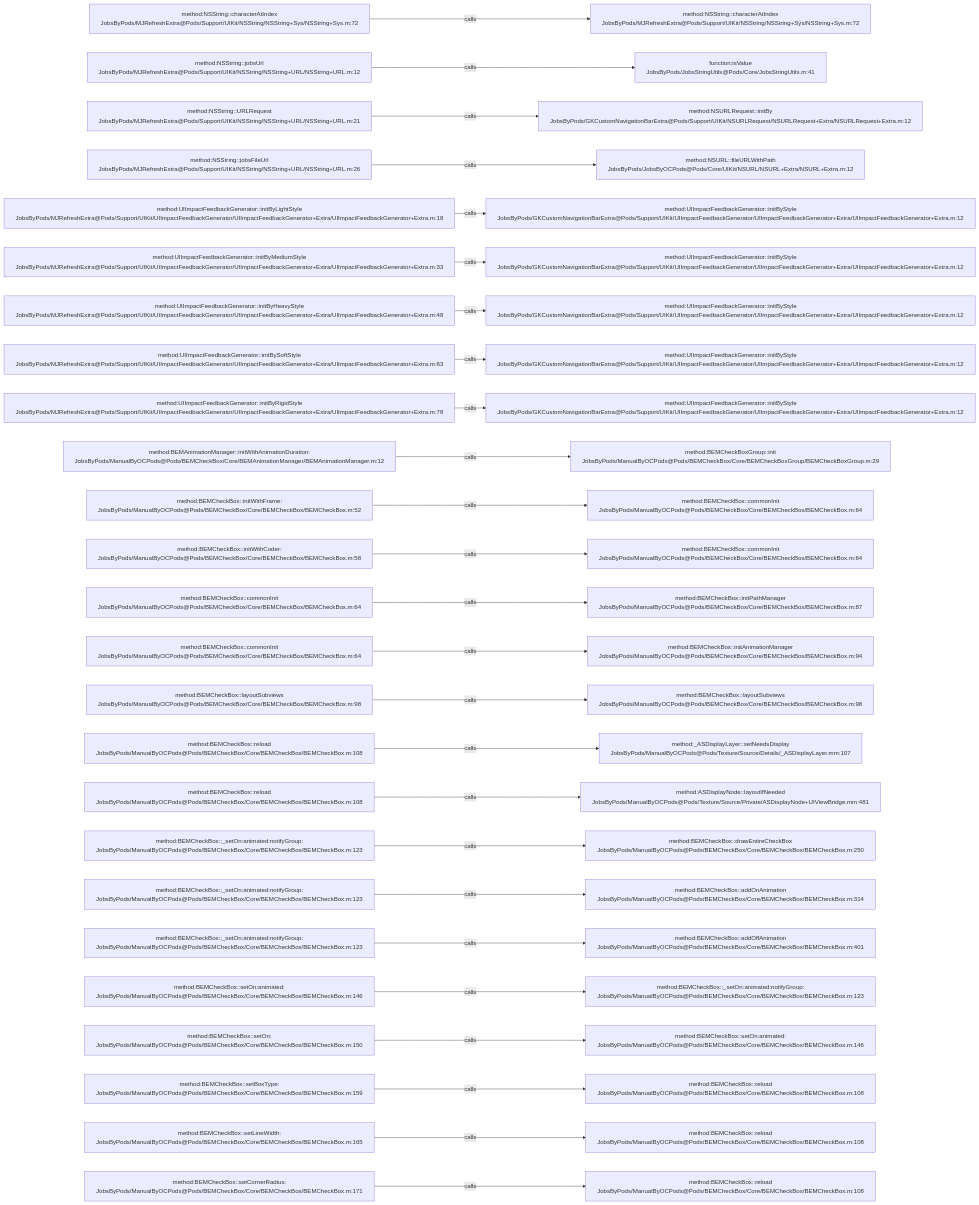
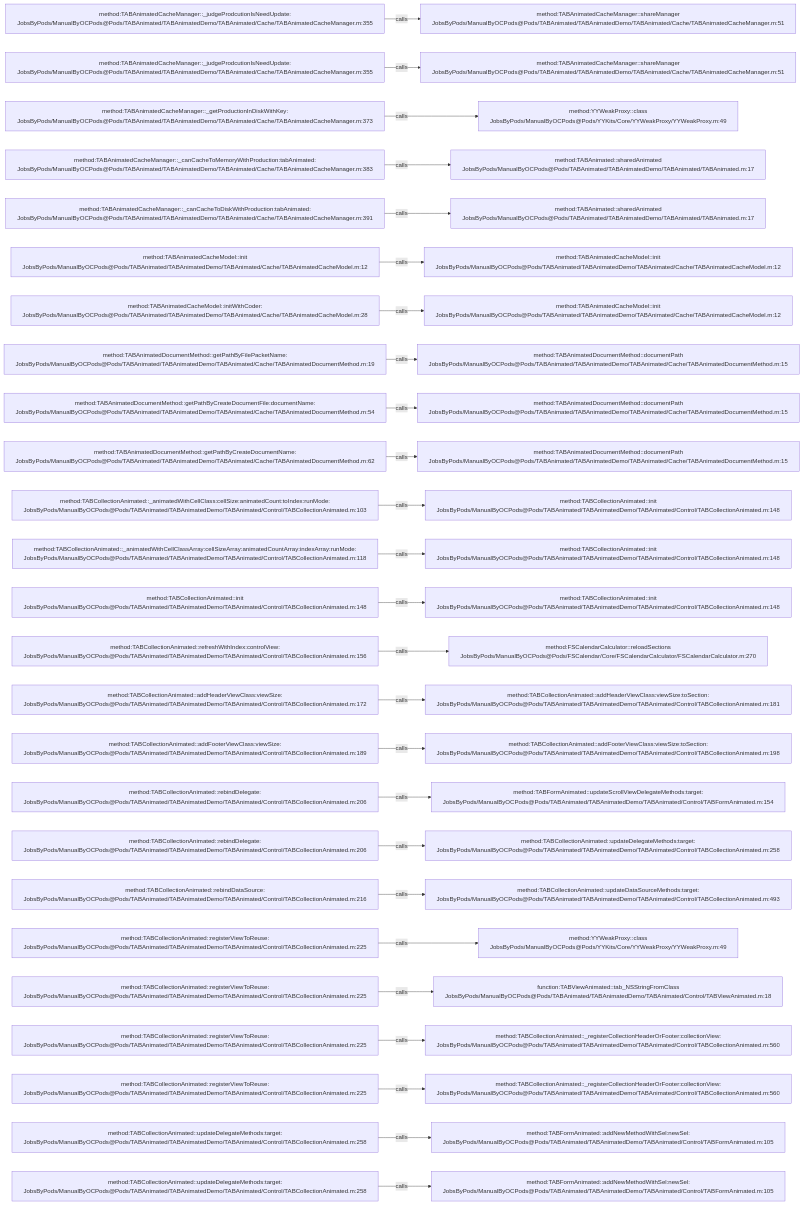
The diagram in .codegraph/codegraph.md/graphs/calls-023.md (JobsKits/JobsOCBaseConfigDemo), drawn with Mermaid before and after one commit. The commit also changed 1223 other files, not shown here.

````diff
--- a/.codegraph/codegraph.md/graphs/calls-023.md
+++ b/.codegraph/codegraph.md/graphs/calls-023.md
@@ -13,78 +13,78 @@
 ```mermaid
 flowchart LR
-  S1["method:NSString::characterAtIndex<br/>JobsByPods/MJRefreshExtra@Pods/Support/UIKit/NSString/NSString+Sys/NSString+Sys.m:72"]
-  T1["method:NSString::characterAtIndex<br/>JobsByPods/MJRefreshExtra@Pods/Support/UIKit/NSString/NSString+Sys/NSString+Sys.m:72"]
+  S1["method:TABAnimatedCacheManager::_judgeProdcutionIsNeedUpdate:<br/>JobsByPods/ManualByOCPods@Pods/TABAnimated/TABAnimatedDemo/TABAnimated/Cache/TABAnimatedCacheManager.m:355"]
+  T1["method:TABAnimatedCacheManager::shareManager<br/>JobsByPods/ManualByOCPods@Pods/TABAnimated/TABAnimatedDemo/TABAnimated/Cache/TABAnimatedCacheManager.m:51"]
   S1 -->|calls| T1
-  S2["method:NSString::jobsUrl<br/>JobsByPods/MJRefreshExtra@Pods/Support/UIKit/NSString/NSString+URL/NSString+URL.m:12"]
-  T2["function:isValue<br/>JobsByPods/JobsStringUtils@Pods/Core/JobsStringUtils.m:41"]
+  S2["method:TABAnimatedCacheManager::_judgeProdcutionIsNeedUpdate:<br/>JobsByPods/ManualByOCPods@Pods/TABAnimated/TABAnimatedDemo/TABAnimated/Cache/TABAnimatedCacheManager.m:355"]
+  T2["method:TABAnimatedCacheManager::shareManager<br/>JobsByPods/ManualByOCPods@Pods/TABAnimated/TABAnimatedDemo/TABAnimated/Cache/TABAnimatedCacheManager.m:51"]
   S2 -->|calls| T2
-  S3["method:NSString::URLRequest<br/>JobsByPods/MJRefreshExtra@Pods/Support/UIKit/NSString/NSString+URL/NSString+URL.m:21"]
-  T3["method:NSURLRequest::initBy<br/>JobsByPods/GKCustomNavigationBarExtra@Pods/Support/UIKit/NSURLRequest/NSURLRequest+Extra/NSURLRequest+Extra.m:12"]
+  S3["method:TABAnimatedCacheManager::_getProductionInDiskWithKey:<br/>JobsByPods/ManualByOCPods@Pods/TABAnimated/TABAnimatedDemo/TABAnimated/Cache/TABAnimatedCacheManager.m:373"]
+  T3["method:YYWeakProxy::class<br/>JobsByPods/ManualByOCPods@Pods/YYKits/Core/YYWeakProxy/YYWeakProxy.m:49"]
   S3 -->|calls| T3
-  S4["method:NSString::jobsFileUrl<br/>JobsByPods/MJRefreshExtra@Pods/Support/UIKit/NSString/NSString+URL/NSString+URL.m:26"]
-  T4["method:NSURL::fileURLWithPath<br/>JobsByPods/JobsByOCPods@Pods/Core/UIKit/NSURL/NSURL+Extra/NSURL+Extra.m:12"]
+  S4["method:TABAnimatedCacheManager::_canCacheToMemoryWithProduction:tabAnimated:<br/>JobsByPods/ManualByOCPods@Pods/TABAnimated/TABAnimatedDemo/TABAnimated/Cache/TABAnimatedCacheManager.m:383"]
+  T4["method:TABAnimated::sharedAnimated<br/>JobsByPods/ManualByOCPods@Pods/TABAnimated/TABAnimatedDemo/TABAnimated/TABAnimated.m:17"]
   S4 -->|calls| T4
-  S5["method:UIImpactFeedbackGenerator::initByLightStyle<br/>JobsByPods/MJRefreshExtra@Pods/Support/UIKit/UIImpactFeedbackGenerator/UIImpactFeedbackGenerator+Extra/UIImpactFeedbackGenerator+Extra.m:18"]
-  T5["method:UIImpactFeedbackGenerator::initByStyle<br/>JobsByPods/GKCustomNavigationBarExtra@Pods/Support/UIKit/UIImpactFeedbackGenerator/UIImpactFeedbackGenerator+Extra/UIImpactFeedbackGenerator+Extra.m:12"]
+  S5["method:TABAnimatedCacheManager::_canCacheToDiskWithProduction:tabAnimated:<br/>JobsByPods/ManualByOCPods@Pods/TABAnimated/TABAnimatedDemo/TABAnimated/Cache/TABAnimatedCacheManager.m:391"]
+  T5["method:TABAnimated::sharedAnimated<br/>JobsByPods/ManualByOCPods@Pods/TABAnimated/TABAnimatedDemo/TABAnimated/TABAnimated.m:17"]
   S5 -->|calls| T5
-  S6["method:UIImpactFeedbackGenerator::initByMediumStyle<br/>JobsByPods/MJRefreshExtra@Pods/Support/UIKit/UIImpactFeedbackGenerator/UIImpactFeedbackGenerator+Extra/UIImpactFeedbackGenerator+Extra.m:33"]
-  T6["method:UIImpactFeedbackGenerator::initByStyle<br/>JobsByPods/GKCustomNavigationBarExtra@Pods/Support/UIKit/UIImpactFeedbackGenerator/UIImpactFeedbackGenerator+Extra/UIImpactFeedbackGenerator+Extra.m:12"]
+  S6["method:TABAnimatedCacheModel::init<br/>JobsByPods/ManualByOCPods@Pods/TABAnimated/TABAnimatedDemo/TABAnimated/Cache/TABAnimatedCacheModel.m:12"]
+  T6["method:TABAnimatedCacheModel::init<br/>JobsByPods/ManualByOCPods@Pods/TABAnimated/TABAnimatedDemo/TABAnimated/Cache/TABAnimatedCacheModel.m:12"]
   S6 -->|calls| T6
-  S7["method:UIImpactFeedbackGenerator::initByHeavyStyle<br/>JobsByPods/MJRefreshExtra@Pods/Support/UIKit/UIImpactFeedbackGenerator/UIImpactFeedbackGenerator+Extra/UIImpactFeedbackGenerator+Extra.m:48"]
-  T7["method:UIImpactFeedbackGenerator::initByStyle<br/>JobsByPods/GKCustomNavigationBarExtra@Pods/Support/UIKit/UIImpactFeedbackGenerator/UIImpactFeedbackGenerator+Extra/UIImpactFeedbackGenerator+Extra.m:12"]
+  S7["method:TABAnimatedCacheModel::initWithCoder:<br/>JobsByPods/ManualByOCPods@Pods/TABAnimated/TABAnimatedDemo/TABAnimated/Cache/TABAnimatedCacheModel.m:28"]
+  T7["method:TABAnimatedCacheModel::init<br/>JobsByPods/ManualByOCPods@Pods/TABAnimated/TABAnimatedDemo/TABAnimated/Cache/TABAnimatedCacheModel.m:12"]
   S7 -->|calls| T7
-  S8["method:UIImpactFeedbackGenerator::initBySoftStyle<br/>JobsByPods/MJRefreshExtra@Pods/Support/UIKit/UIImpactFeedbackGenerator/UIImpactFeedbackGenerator+Extra/UIImpactFeedbackGenerator+Extra.m:63"]
-  T8["method:UIImpactFeedbackGenerator::initByStyle<br/>JobsByPods/GKCustomNavigationBarExtra@Pods/Support/UIKit/UIImpactFeedbackGenerator/UIImpactFeedbackGenerator+Extra/UIImpactFeedbackGenerator+Extra.m:12"]
+  S8["method:TABAnimatedDocumentMethod::getPathByFilePacketName:<br/>JobsByPods/ManualByOCPods@Pods/TABAnimated/TABAnimatedDemo/TABAnimated/Cache/TABAnimatedDocumentMethod.m:19"]
+  T8["method:TABAnimatedDocumentMethod::documentPath<br/>JobsByPods/ManualByOCPods@Pods/TABAnimated/TABAnimatedDemo/TABAnimated/Cache/TABAnimatedDocumentMethod.m:15"]
   S8 -->|calls| T8
-  S9["method:UIImpactFeedbackGenerator::initByRigidStyle<br/>JobsByPods/MJRefreshExtra@Pods/Support/UIKit/UIImpactFeedbackGenerator/UIImpactFeedbackGenerator+Extra/UIImpactFeedbackGenerator+Extra.m:78"]
-  T9["method:UIImpactFeedbackGenerator::initByStyle<br/>JobsByPods/GKCustomNavigationBarExtra@Pods/Support/UIKit/UIImpactFeedbackGenerator/UIImpactFeedbackGenerator+Extra/UIImpactFeedbackGenerator+Extra.m:12"]
+  S9["method:TABAnimatedDocumentMethod::getPathByCreateDocumentFile:documentName:<br/>JobsByPods/ManualByOCPods@Pods/TABAnimated/TABAnimatedDemo/TABAnimated/Cache/TABAnimatedDocumentMethod.m:54"]
+  T9["method:TABAnimatedDocumentMethod::documentPath<br/>JobsByPods/ManualByOCPods@Pods/TABAnimated/TABAnimatedDemo/TABAnimated/Cache/TABAnimatedDocumentMethod.m:15"]
   S9 -->|calls| T9
-  S10["method:BEMAnimationManager::initWithAnimationDuration:<br/>JobsByPods/ManualByOCPods@Pods/BEMCheckBox/Core/BEMAnimationManager/BEMAnimationManager.m:12"]
-  T10["method:BEMCheckBoxGroup::init<br/>JobsByPods/ManualByOCPods@Pods/BEMCheckBox/Core/BEMCheckBoxGroup/BEMCheckBoxGroup.m:29"]
+  S10["method:TABAnimatedDocumentMethod::getPathByCreateDocumentName:<br/>JobsByPods/ManualByOCPods@Pods/TABAnimated/TABAnimatedDemo/TABAnimated/Cache/TABAnimatedDocumentMethod.m:62"]
+  T10["method:TABAnimatedDocumentMethod::documentPath<br/>JobsByPods/ManualByOCPods@Pods/TABAnimated/TABAnimatedDemo/TABAnimated/Cache/TABAnimatedDocumentMethod.m:15"]
   S10 -->|calls| T10
-  S11["method:BEMCheckBox::initWithFrame:<br/>JobsByPods/ManualByOCPods@Pods/BEMCheckBox/Core/BEMCheckBox/BEMCheckBox.m:52"]
-  T11["method:BEMCheckBox::commonInit<br/>JobsByPods/ManualByOCPods@Pods/BEMCheckBox/Core/BEMCheckBox/BEMCheckBox.m:64"]
+  S11["method:TABCollectionAnimated::_animatedWithCellClass:cellSize:animatedCount:toIndex:runMode:<br/>JobsByPods/ManualByOCPods@Pods/TABAnimated/TABAnimatedDemo/TABAnimated/Control/TABCollectionAnimated.m:103"]
+  T11["method:TABCollectionAnimated::init<br/>JobsByPods/ManualByOCPods@Pods/TABAnimated/TABAnimatedDemo/TABAnimated/Control/TABCollectionAnimated.m:148"]
   S11 -->|calls| T11
-  S12["method:BEMCheckBox::initWithCoder:<br/>JobsByPods/ManualByOCPods@Pods/BEMCheckBox/Core/BEMCheckBox/BEMCheckBox.m:58"]
-  T12["method:BEMCheckBox::commonInit<br/>JobsByPods/ManualByOCPods@Pods/BEMCheckBox/Core/BEMCheckBox/BEMCheckBox.m:64"]
+  S12["method:TABCollectionAnimated::_animatedWithCellClassArray:cellSizeArray:animatedCountArray:indexArray:runMode:<br/>JobsByPods/ManualByOCPods@Pods/TABAnimated/TABAnimatedDemo/TABAnimated/Control/TABCollectionAnimated.m:118"]
+  T12["method:TABCollectionAnimated::init<br/>JobsByPods/ManualByOCPods@Pods/TABAnimated/TABAnimatedDemo/TABAnimated/Control/TABCollectionAnimated.m:148"]
   S12 -->|calls| T12
-  S13["method:BEMCheckBox::commonInit<br/>JobsByPods/ManualByOCPods@Pods/BEMCheckBox/Core/BEMCheckBox/BEMCheckBox.m:64"]
-  T13["method:BEMCheckBox::initPathManager<br/>JobsByPods/ManualByOCPods@Pods/BEMCheckBox/Core/BEMCheckBox/BEMCheckBox.m:87"]
+  S13["method:TABCollectionAnimated::init<br/>JobsByPods/ManualByOCPods@Pods/TABAnimated/TABAnimatedDemo/TABAnimated/Control/TABCollectionAnimated.m:148"]
+  T13["method:TABCollectionAnimated::init<br/>JobsByPods/ManualByOCPods@Pods/TABAnimated/TABAnimatedDemo/TABAnimated/Control/TABCollectionAnimated.m:148"]
   S13 -->|calls| T13
-  S14["method:BEMCheckBox::commonInit<br/>JobsByPods/ManualByOCPods@Pods/BEMCheckBox/Core/BEMCheckBox/BEMCheckBox.m:64"]
-  T14["method:BEMCheckBox::initAnimationManager<br/>JobsByPods/ManualByOCPods@Pods/BEMCheckBox/Core/BEMCheckBox/BEMCheckBox.m:94"]
+  S14["method:TABCollectionAnimated::refreshWithIndex:controlView:<br/>JobsByPods/ManualByOCPods@Pods/TABAnimated/TABAnimatedDemo/TABAnimated/Control/TABCollectionAnimated.m:156"]
+  T14["method:FSCalendarCalculator::reloadSections<br/>JobsByPods/ManualByOCPods@Pods/FSCalendar/Core/FSCalendarCalculator/FSCalendarCalculator.m:270"]
   S14 -->|calls| T14
-  S15["method:BEMCheckBox::layoutSubviews<br/>JobsByPods/ManualByOCPods@Pods/BEMCheckBox/Core/BEMCheckBox/BEMCheckBox.m:98"]
-  T15["method:BEMCheckBox::layoutSubviews<br/>JobsByPods/ManualByOCPods@Pods/BEMCheckBox/Core/BEMCheckBox/BEMCheckBox.m:98"]
+  S15["method:TABCollectionAnimated::addHeaderViewClass:viewSize:<br/>JobsByPods/ManualByOCPods@Pods/TABAnimated/TABAnimatedDemo/TABAnimated/Control/TABCollectionAnimated.m:172"]
+  T15["method:TABCollectionAnimated::addHeaderViewClass:viewSize:toSection:<br/>JobsByPods/ManualByOCPods@Pods/TABAnimated/TABAnimatedDemo/TABAnimated/Control/TABCollectionAnimated.m:181"]
   S15 -->|calls| T15
-  S16["method:BEMCheckBox::reload<br/>JobsByPods/ManualByOCPods@Pods/BEMCheckBox/Core/BEMCheckBox/BEMCheckBox.m:108"]
-  T16["method:_ASDisplayLayer::setNeedsDisplay<br/>JobsByPods/ManualByOCPods@Pods/Texture/Source/Details/_ASDisplayLayer.mm:107"]
+  S16["method:TABCollectionAnimated::addFooterViewClass:viewSize:<br/>JobsByPods/ManualByOCPods@Pods/TABAnimated/TABAnimatedDemo/TABAnimated/Control/TABCollectionAnimated.m:189"]
+  T16["method:TABCollectionAnimated::addFooterViewClass:viewSize:toSection:<br/>JobsByPods/ManualByOCPods@Pods/TABAnimated/TABAnimatedDemo/TABAnimated/Control/TABCollectionAnimated.m:198"]
   S16 -->|calls| T16
-  S17["method:BEMCheckBox::reload<br/>JobsByPods/ManualByOCPods@Pods/BEMCheckBox/Core/BEMCheckBox/BEMCheckBox.m:108"]
-  T17["method:ASDisplayNode::layoutIfNeeded<br/>JobsByPods/ManualByOCPods@Pods/Texture/Source/Private/ASDisplayNode+UIViewBridge.mm:481"]
+  S17["method:TABCollectionAnimated::rebindDelegate:<br/>JobsByPods/ManualByOCPods@Pods/TABAnimated/TABAnimatedDemo/TABAnimated/Control/TABCollectionAnimated.m:206"]
+  T17["method:TABFormAnimated::updateScrollViewDelegateMethods:target:<br/>JobsByPods/ManualByOCPods@Pods/TABAnimated/TABAnimatedDemo/TABAnimated/Control/TABFormAnimated.m:154"]
   S17 -->|calls| T17
-  S18["method:BEMCheckBox::_setOn:animated:notifyGroup:<br/>JobsByPods/ManualByOCPods@Pods/BEMCheckBox/Core/BEMCheckBox/BEMCheckBox.m:123"]
-  T18["method:BEMCheckBox::drawEntireCheckBox<br/>JobsByPods/ManualByOCPods@Pods/BEMCheckBox/Core/BEMCheckBox/BEMCheckBox.m:250"]
+  S18["method:TABCollectionAnimated::rebindDelegate:<br/>JobsByPods/ManualByOCPods@Pods/TABAnimated/TABAnimatedDemo/TABAnimated/Control/TABCollectionAnimated.m:206"]
+  T18["method:TABCollectionAnimated::updateDelegateMethods:target:<br/>JobsByPods/ManualByOCPods@Pods/TABAnimated/TABAnimatedDemo/TABAnimated/Control/TABCollectionAnimated.m:258"]
   S18 -->|calls| T18
-  S19["method:BEMCheckBox::_setOn:animated:notifyGroup:<br/>JobsByPods/ManualByOCPods@Pods/BEMCheckBox/Core/BEMCheckBox/BEMCheckBox.m:123"]
-  T19["method:BEMCheckBox::addOnAnimation<br/>JobsByPods/ManualByOCPods@Pods/BEMCheckBox/Core/BEMCheckBox/BEMCheckBox.m:314"]
+  S19["method:TABCollectionAnimated::rebindDataSource:<br/>JobsByPods/ManualByOCPods@Pods/TABAnimated/TABAnimatedDemo/TABAnimated/Control/TABCollectionAnimated.m:216"]
+  T19["method:TABCollectionAnimated::updateDataSourceMethods:target:<br/>JobsByPods/ManualByOCPods@Pods/TABAnimated/TABAnimatedDemo/TABAnimated/Control/TABCollectionAnimated.m:493"]
   S19 -->|calls| T19
-  S20["method:BEMCheckBox::_setOn:animated:notifyGroup:<br/>JobsByPods/ManualByOCPods@Pods/BEMCheckBox/Core/BEMCheckBox/BEMCheckBox.m:123"]
-  T20["method:BEMCheckBox::addOffAnimation<br/>JobsByPods/ManualByOCPods@Pods/BEMCheckBox/Core/BEMCheckBox/BEMCheckBox.m:401"]
+  S20["method:TABCollectionAnimated::registerViewToReuse:<br/>JobsByPods/ManualByOCPods@Pods/TABAnimated/TABAnimatedDemo/TABAnimated/Control/TABCollectionAnimated.m:225"]
+  T20["method:YYWeakProxy::class<br/>JobsByPods/ManualByOCPods@Pods/YYKits/Core/YYWeakProxy/YYWeakProxy.m:49"]
   S20 -->|calls| T20
-  S21["method:BEMCheckBox::setOn:animated:<br/>JobsByPods/ManualByOCPods@Pods/BEMCheckBox/Core/BEMCheckBox/BEMCheckBox.m:146"]
-  T21["method:BEMCheckBox::_setOn:animated:notifyGroup:<br/>JobsByPods/ManualByOCPods@Pods/BEMCheckBox/Core/BEMCheckBox/BEMCheckBox.m:123"]
+  S21["method:TABCollectionAnimated::registerViewToReuse:<br/>JobsByPods/ManualByOCPods@Pods/TABAnimated/TABAnimatedDemo/TABAnimated/Control/TABCollectionAnimated.m:225"]
+  T21["function:TABViewAnimated::tab_NSStringFromClass<br/>JobsByPods/ManualByOCPods@Pods/TABAnimated/TABAnimatedDemo/TABAnimated/Control/TABViewAnimated.m:18"]
   S21 -->|calls| T21
-  S22["method:BEMCheckBox::setOn:<br/>JobsByPods/ManualByOCPods@Pods/BEMCheckBox/Core/BEMCheckBox/BEMCheckBox.m:150"]
-  T22["method:BEMCheckBox::setOn:animated:<br/>JobsByPods/ManualByOCPods@Pods/BEMCheckBox/Core/BEMCheckBox/BEMCheckBox.m:146"]
+  S22["method:TABCollectionAnimated::registerViewToReuse:<br/>JobsByPods/ManualByOCPods@Pods/TABAnimated/TABAnimatedDemo/TABAnimated/Control/TABCollectionAnimated.m:225"]
+  T22["method:TABCollectionAnimated::_registerCollectionHeaderOrFooter:collectionView:<br/>JobsByPods/ManualByOCPods@Pods/TABAnimated/TABAnimatedDemo/TABAnimated/Control/TABCollectionAnimated.m:560"]
   S22 -->|calls| T22
-  S23["method:BEMCheckBox::setBoxType:<br/>JobsByPods/ManualByOCPods@Pods/BEMCheckBox/Core/BEMCheckBox/BEMCheckBox.m:159"]
-  T23["method:BEMCheckBox::reload<br/>JobsByPods/ManualByOCPods@Pods/BEMCheckBox/Core/BEMCheckBox/BEMCheckBox.m:108"]
+  S23["method:TABCollectionAnimated::registerViewToReuse:<br/>JobsByPods/ManualByOCPods@Pods/TABAnimated/TABAnimatedDemo/TABAnimated/Control/TABCollectionAnimated.m:225"]
+  T23["method:TABCollectionAnimated::_registerCollectionHeaderOrFooter:collectionView:<br/>JobsByPods/ManualByOCPods@Pods/TABAnimated/TABAnimatedDemo/TABAnimated/Control/TABCollectionAnimated.m:560"]
   S23 -->|calls| T23
-  S24["method:BEMCheckBox::setLineWidth:<br/>JobsByPods/ManualByOCPods@Pods/BEMCheckBox/Core/BEMCheckBox/BEMCheckBox.m:165"]
-  T24["method:BEMCheckBox::reload<br/>JobsByPods/ManualByOCPods@Pods/BEMCheckBox/Core/BEMCheckBox/BEMCheckBox.m:108"]
+  S24["method:TABCollectionAnimated::updateDelegateMethods:target:<br/>JobsByPods/ManualByOCPods@Pods/TABAnimated/TABAnimatedDemo/TABAnimated/Control/TABCollectionAnimated.m:258"]
+  T24["method:TABFormAnimated::addNewMethodWithSel:newSel:<br/>JobsByPods/ManualByOCPods@Pods/TABAnimated/TABAnimatedDemo/TABAnimated/Control/TABFormAnimated.m:105"]
   S24 -->|calls| T24
-  S25["method:BEMCheckBox::setCornerRadius:<br/>JobsByPods/ManualByOCPods@Pods/BEMCheckBox/Core/BEMCheckBox/BEMCheckBox.m:171"]
-  T25["method:BEMCheckBox::reload<br/>JobsByPods/ManualByOCPods@Pods/BEMCheckBox/Core/BEMCheckBox/BEMCheckBox.m:108"]
+  S25["method:TABCollectionAnimated::updateDelegateMethods:target:<br/>JobsByPods/ManualByOCPods@Pods/TABAnimated/TABAnimatedDemo/TABAnimated/Control/TABCollectionAnimated.m:258"]
+  T25["method:TABFormAnimated::addNewMethodWithSel:newSel:<br/>JobsByPods/ManualByOCPods@Pods/TABAnimated/TABAnimatedDemo/TABAnimated/Control/TABFormAnimated.m:105"]
   S25 -->|calls| T25
 ```
````
